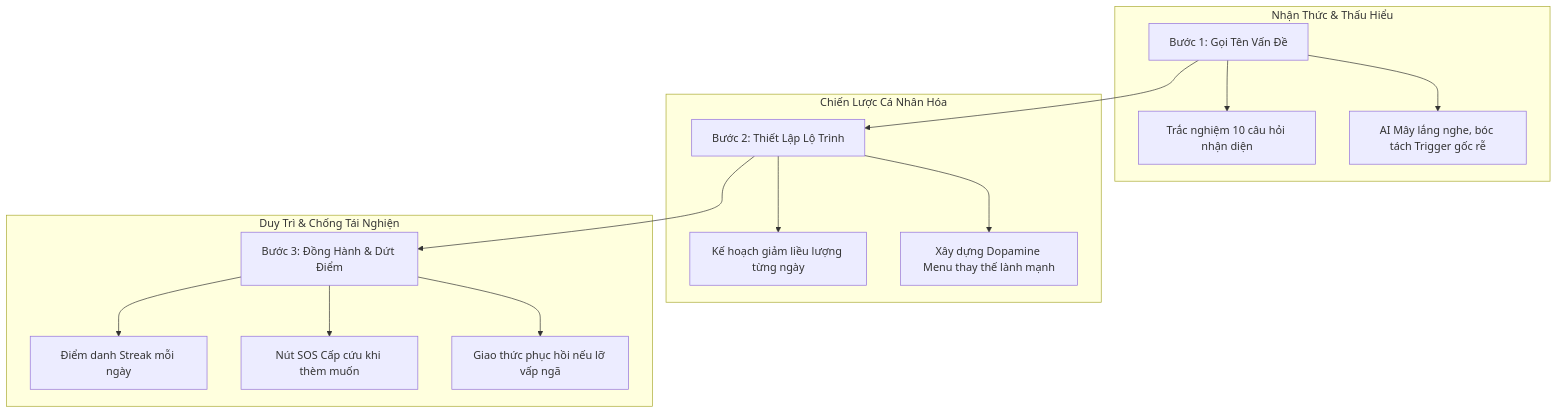
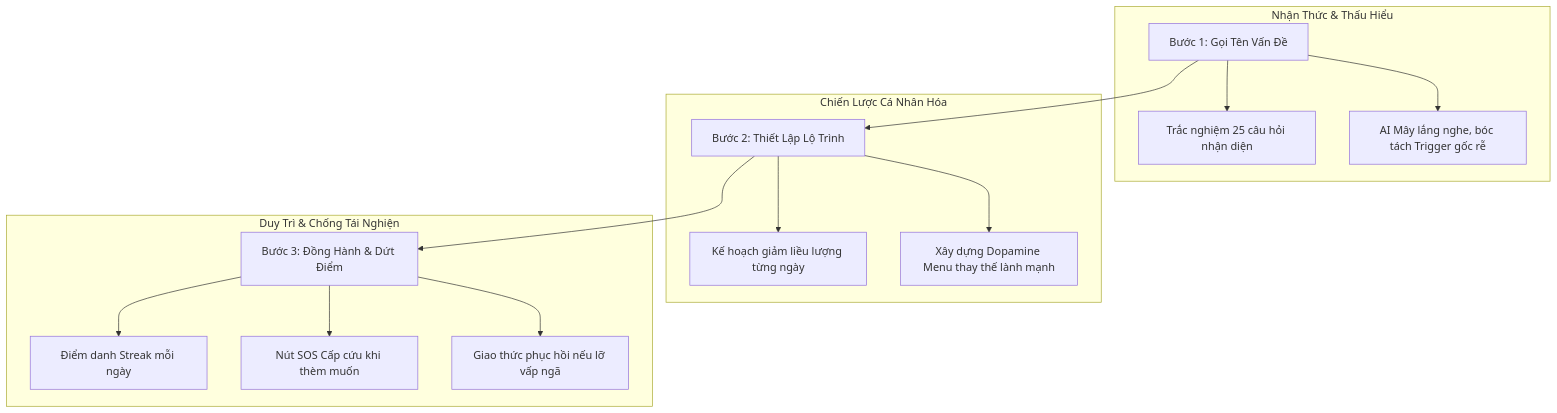
One commit to longphi11/traicainghien-1 changed the first of 2 diagrams in AGENTS.md. Above: the diagram before and after it, drawn with Mermaid. The commit also changed 7 other files, not shown here.

````diff
--- a/AGENTS.md
+++ b/AGENTS.md
@@ -87,21 +87,21 @@
 ```mermaid
 graph TD
     A[Bước 1: Gọi Tên Vấn Đề] --> B[Bước 2: Thiết Lập Lộ Trình]
     B --> C[Bước 3: Đồng Hành & Dứt Điểm]
     
     subgraph Step1 [Nhận Thức & Thấu Hiểu]
-        A --> A1[Trắc nghiệm 10 câu hỏi nhận diện]
+        A --> A1[Trắc nghiệm 25 câu hỏi nhận diện]
         A --> A2[AI Mây lắng nghe, bóc tách Trigger gốc rễ]
     end
     
     subgraph Step2 [Chiến Lược Cá Nhân Hóa]
         B --> B1[Kế hoạch giảm liều lượng từng ngày]
         B --> B2[Xây dựng Dopamine Menu thay thế lành mạnh]
     end
     
     subgraph Step3 [Duy Trì & Chống Tái Nghiện]
         C --> C1[Điểm danh Streak mỗi ngày]
         C --> C2[Nút SOS Cấp cứu khi thèm muốn]
         C --> C3[Giao thức phục hồi nếu lỡ vấp ngã]
     end
 ```
````
